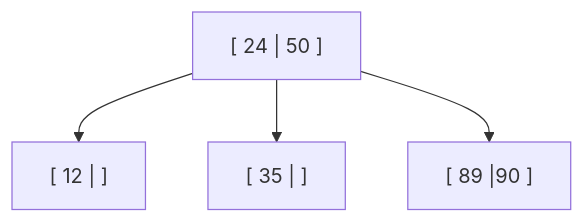
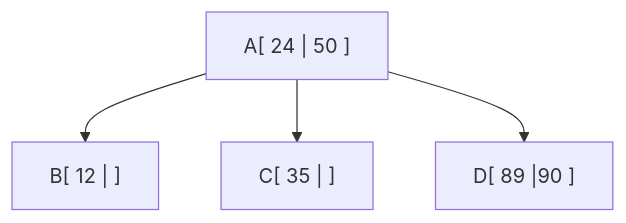
The eighth of 10 diagrams in Unidad 6 Estructuras de Datos no lineales/Árboles2-3.md (IvasiutaM/Algoritmos-II-Consulta), drawn with Mermaid before and after one commit. The commit also changed other lines of this file, not shown here.

````diff
--- a/Unidad 6 Estructuras de Datos no lineales/Árboles2-3.md
+++ b/Unidad 6 Estructuras de Datos no lineales/Árboles2-3.md
@@ -77,11 +77,11 @@
 ```mermaid
 graph TD
-    A["[ 24 | 50 ]"]
-    B["[ 12 |  ]"]
-    C["[ 35 |  ]"]
-    D["[ 89 |90 ]"]
+    A["A[ 24 | 50 ]"]
+    B["B[ 12 |  ]"]
+    C["C[ 35 |  ]"]
+    D["D[ 89 |90 ]"]
 
     A --> B
     A --> C
     A --> D
 ```
````
